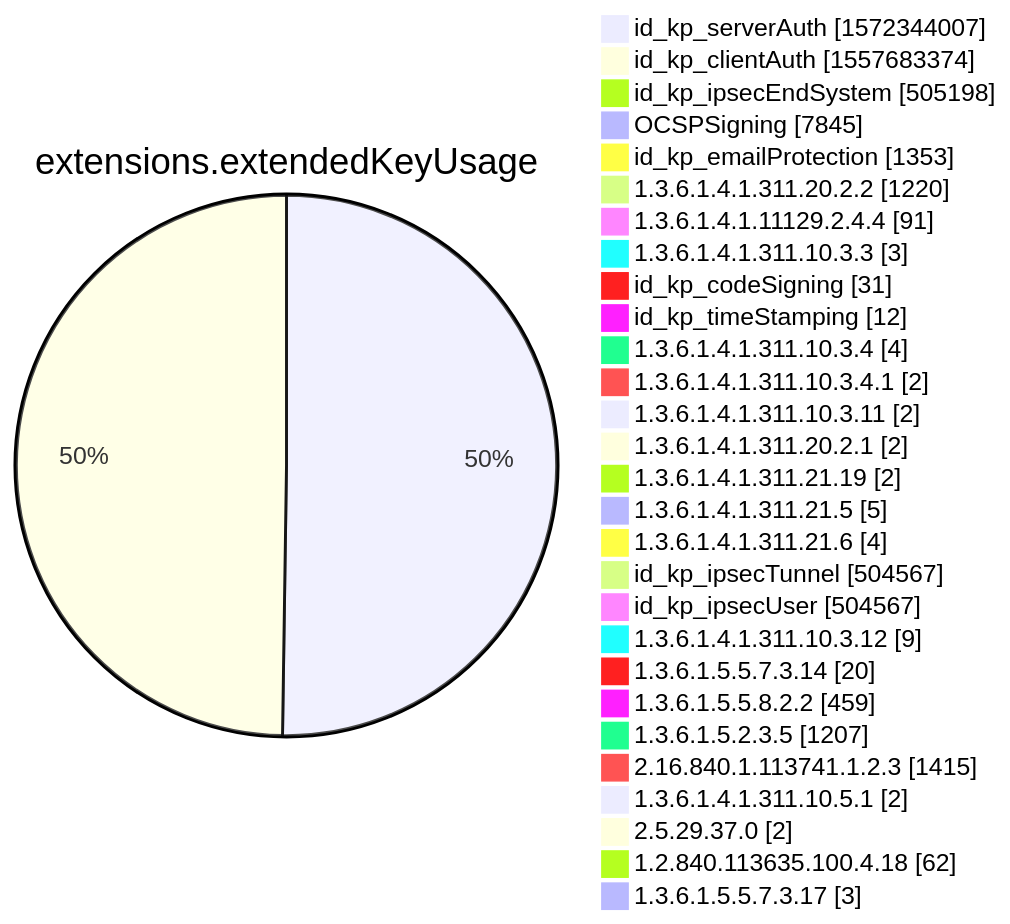
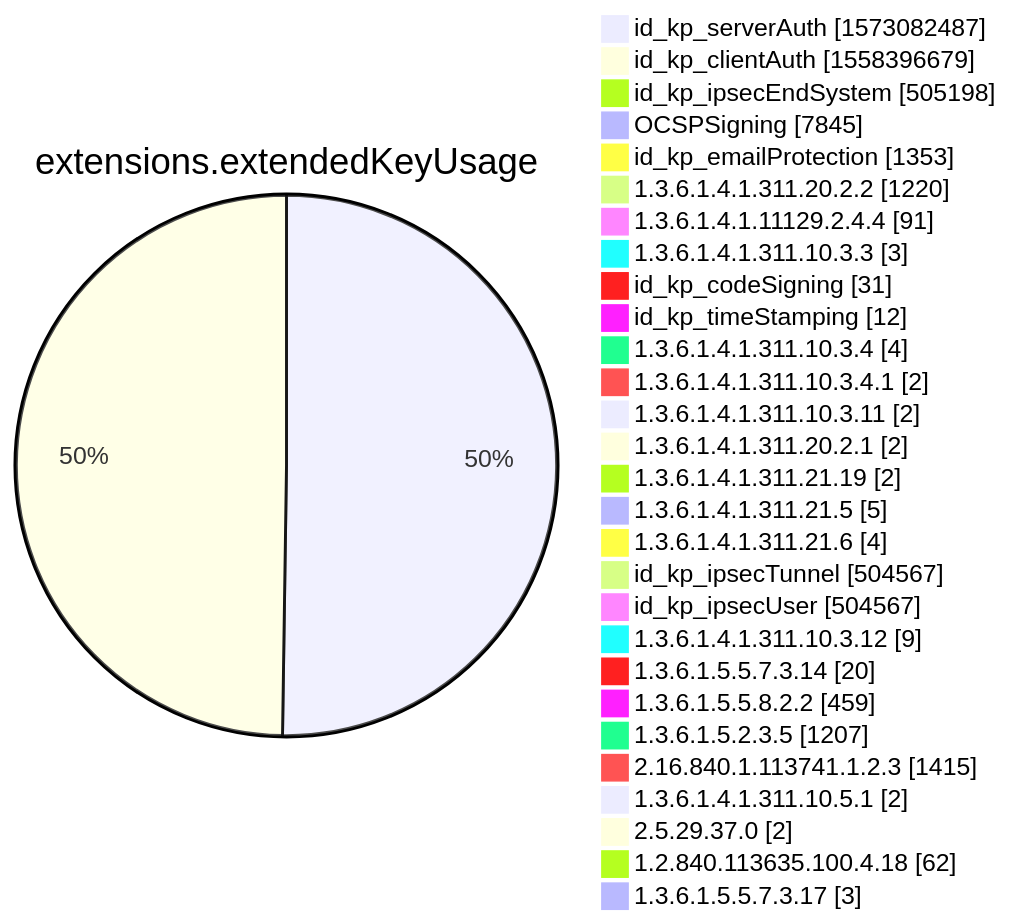
One commit to christiankrug/ctmonitor_visualization changed diagram 12 of 15 in xenon2022/README.md. Above: the diagram before and after it, drawn with Mermaid. The commit also changed other lines of this file, not shown here.

````diff
--- a/xenon2022/README.md
+++ b/xenon2022/README.md
@@ -3883,32 +3883,32 @@
 ```mermaid
 pie showData
 title extensions.extendedKeyUsage
-"id_kp_serverAuth" :1572344007
-"id_kp_clientAuth" :1557683374
+"id_kp_serverAuth" :1573082487
+"id_kp_clientAuth" :1558396679
 "id_kp_ipsecEndSystem" :505198
 "OCSPSigning" :7845
 "id_kp_emailProtection" :1353
 "1.3.6.1.4.1.311.20.2.2" :1220
 "1.3.6.1.4.1.11129.2.4.4" :91
 "1.3.6.1.4.1.311.10.3.3" :3
 "id_kp_codeSigning" :31
 "id_kp_timeStamping" :12
 "1.3.6.1.4.1.311.10.3.4" :4
 "1.3.6.1.4.1.311.10.3.4.1" :2
 "1.3.6.1.4.1.311.10.3.11" :2
 "1.3.6.1.4.1.311.20.2.1" :2
 "1.3.6.1.4.1.311.21.19" :2
 "1.3.6.1.4.1.311.21.5" :5
 "1.3.6.1.4.1.311.21.6" :4
 "id_kp_ipsecTunnel" :504567
 "id_kp_ipsecUser" :504567
 "1.3.6.1.4.1.311.10.3.12" :9
 "1.3.6.1.5.5.7.3.14" :20
 "1.3.6.1.5.5.8.2.2" :459
 "1.3.6.1.5.2.3.5" :1207
 "2.16.840.1.113741.1.2.3" :1415
 "1.3.6.1.4.1.311.10.5.1" :2
 "2.5.29.37.0" :2
 "1.2.840.113635.100.4.18" :62
 "1.3.6.1.5.5.7.3.17" :3
 ```
````
